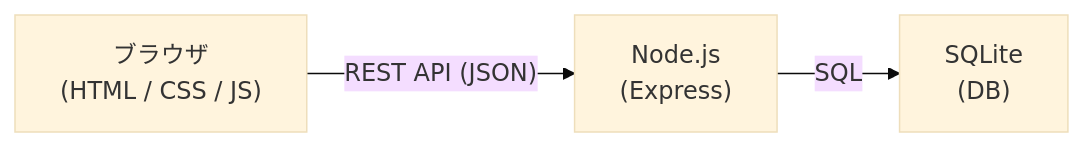
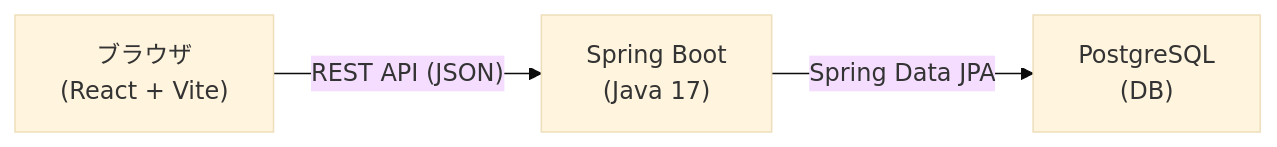
Before and after one commit to Masaki-0225/AIgakusyuu: the diagram in docs/tech-stack.md, drawn with Mermaid (base theme). The commit also changed other lines of this file and 5 other files, not shown here.

First line of the commit message:
docs: 技術スタックをJava Spring Boot + React + PostgreSQLに変更

````diff
--- a/docs/tech-stack.md
+++ b/docs/tech-stack.md
@@ -19,5 +50,5 @@
 ```mermaid
 flowchart LR
-    A["ブラウザ\n(HTML / CSS / JS)"] -- "REST API (JSON)" --> B["Node.js\n(Express)"]
-    B -- SQL --> C["SQLite\n(DB)"]
+    A["ブラウザ\n(React + Vite)"] -- "REST API (JSON)" --> B["Spring Boot\n(Java 17)"]
+    B -- "Spring Data JPA" --> C["PostgreSQL\n(DB)"]
 ```
````
